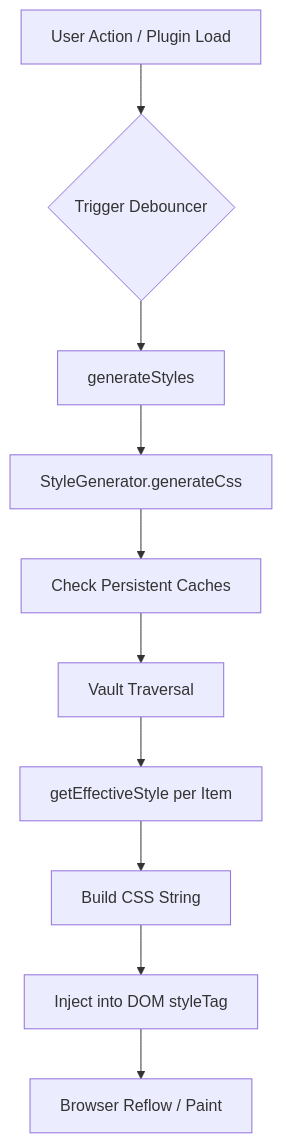
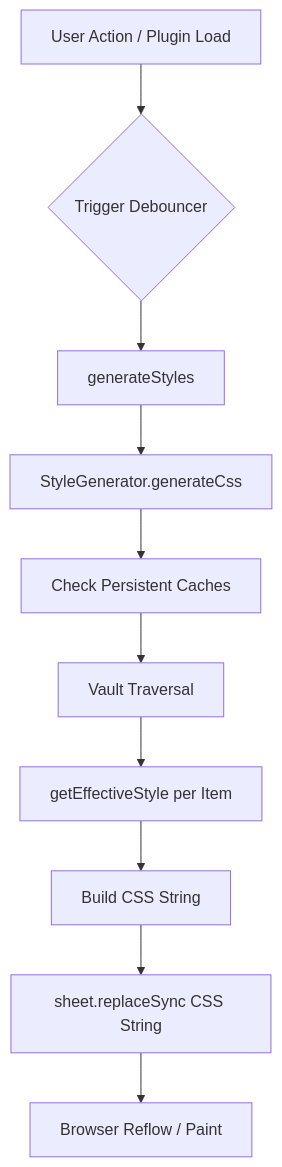
The first of 2 diagrams in docs/ARCHITECTURE.md (RohitNahar-Offical/colorful-folders-obsidian), drawn with Mermaid before and after one commit. The commit also changed other lines of this file and 6 other files, not shown here.

````diff
--- a/docs/ARCHITECTURE.md
+++ b/docs/ARCHITECTURE.md
@@ -14,12 +16,12 @@
 ```mermaid
 graph TD
     A[User Action / Plugin Load] --> B{Trigger Debouncer}
     B --> C[generateStyles]
     C --> D[StyleGenerator.generateCss]
     D --> E[Check Persistent Caches]
     E --> F[Vault Traversal]
     F --> G[getEffectiveStyle per Item]
     G --> H[Build CSS String]
-    H --> I[Inject into DOM styleTag]
+    H --> I[sheet.replaceSync CSS String]
     I --> J[Browser Reflow / Paint]
 ```
````
